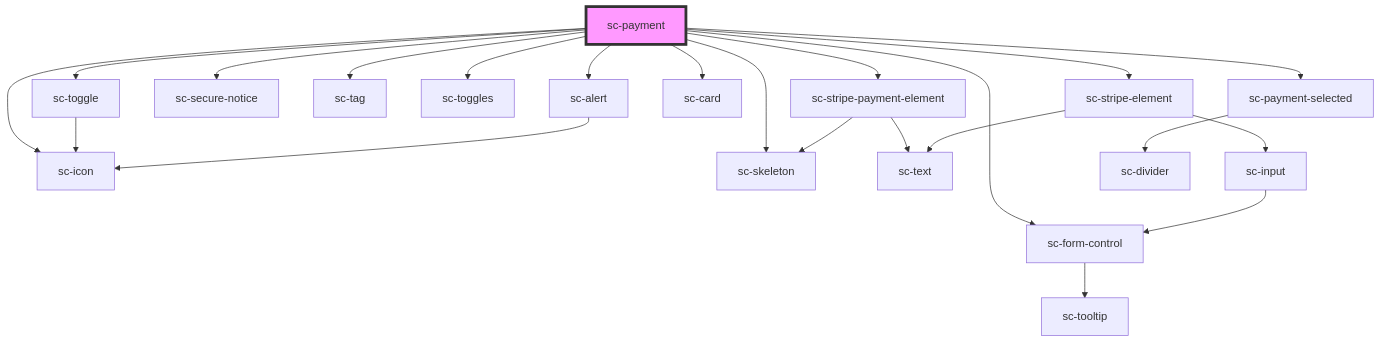
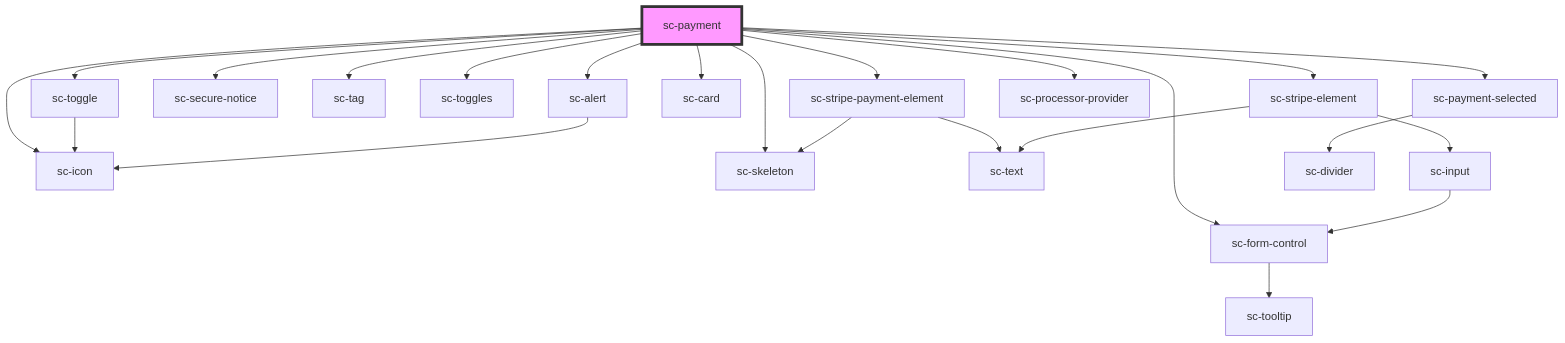
The diagram in packages/components/src/components/controllers/checkout-form/payment/readme.md (surecart/surecart-wp-plugin), drawn with Mermaid before and after one commit. The commit also changed other lines of this file and 5 other files, not shown here.

````diff
--- a/packages/components/src/components/controllers/checkout-form/payment/readme.md
+++ b/packages/components/src/components/controllers/checkout-form/payment/readme.md
@@ -53,25 +54,26 @@
 ```mermaid
 graph TD;
   sc-payment --> sc-stripe-payment-element
   sc-payment --> sc-stripe-element
   sc-payment --> sc-secure-notice
   sc-payment --> sc-tag
   sc-payment --> sc-form-control
   sc-payment --> sc-toggles
   sc-payment --> sc-toggle
   sc-payment --> sc-icon
   sc-payment --> sc-card
   sc-payment --> sc-payment-selected
   sc-payment --> sc-skeleton
   sc-payment --> sc-alert
+  sc-payment --> sc-processor-provider
   sc-stripe-payment-element --> sc-text
   sc-stripe-payment-element --> sc-skeleton
   sc-stripe-element --> sc-input
   sc-stripe-element --> sc-text
   sc-input --> sc-form-control
   sc-form-control --> sc-tooltip
   sc-toggle --> sc-icon
   sc-payment-selected --> sc-divider
   sc-alert --> sc-icon
   style sc-payment fill:#f9f,stroke:#333,stroke-width:4px
 ```
````
